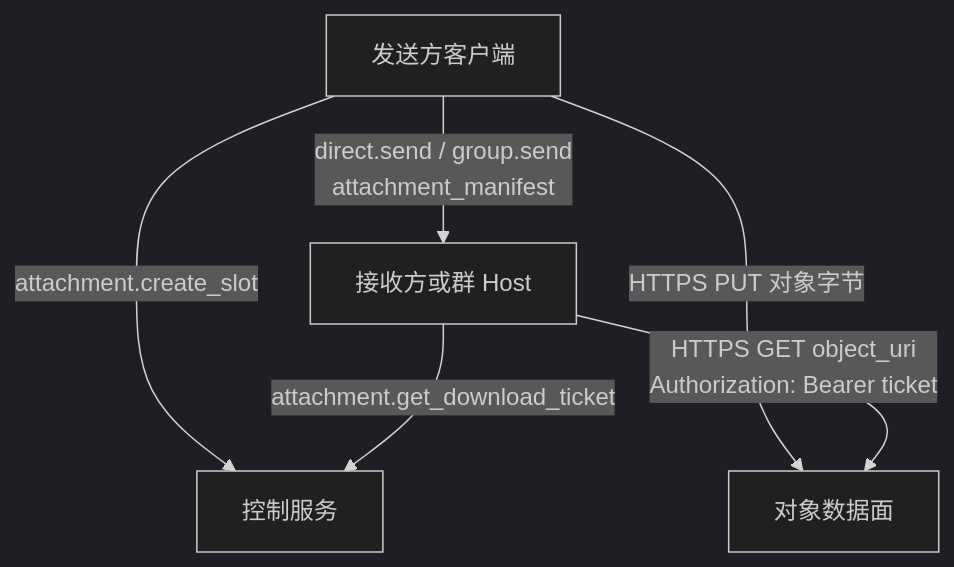
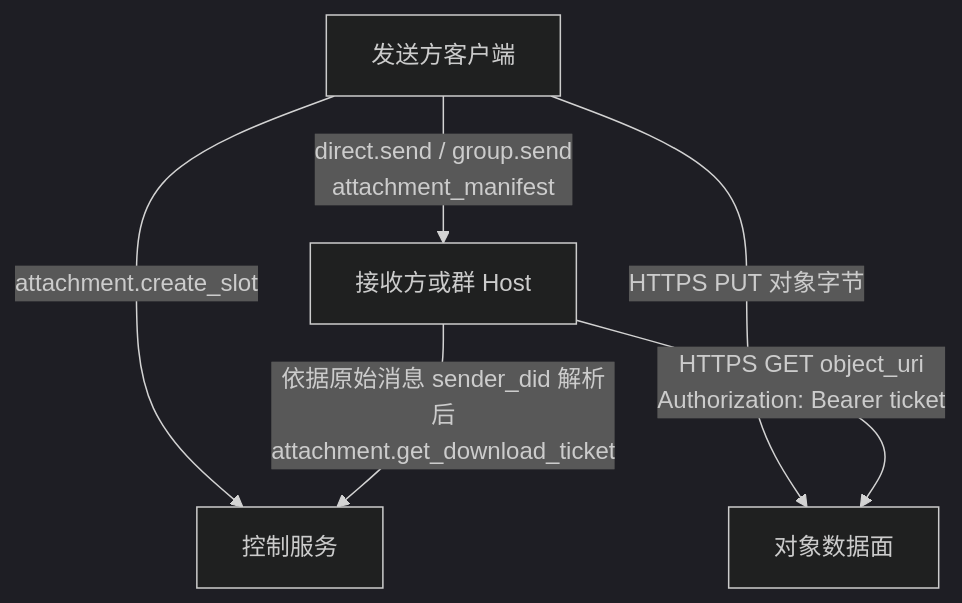
The first of 5 diagrams in chinese/message/07-附件与对象传输.md (NeatNerdPrime/AgentNetworkProtocol), drawn with Mermaid (dark theme) before and after one commit. The commit also changed other lines of this file and 3 other files, not shown here.

````diff
--- a/chinese/message/07-附件与对象传输.md
+++ b/chinese/message/07-附件与对象传输.md
@@ -183,8 +183,8 @@
 ```mermaid
 flowchart TD
     A[发送方客户端] -->|attachment.create_slot| S[控制服务]
     A -->|HTTPS PUT 对象字节| O[对象数据面]
     A -->|direct.send / group.send\nattachment_manifest| M[接收方或群 Host]
-    M -->|attachment.get_download_ticket| S
+    M -->|依据原始消息 sender_did 解析后\nattachment.get_download_ticket| S
     M -->|HTTPS GET object_uri\nAuthorization: Bearer ticket| O
 ```
````
